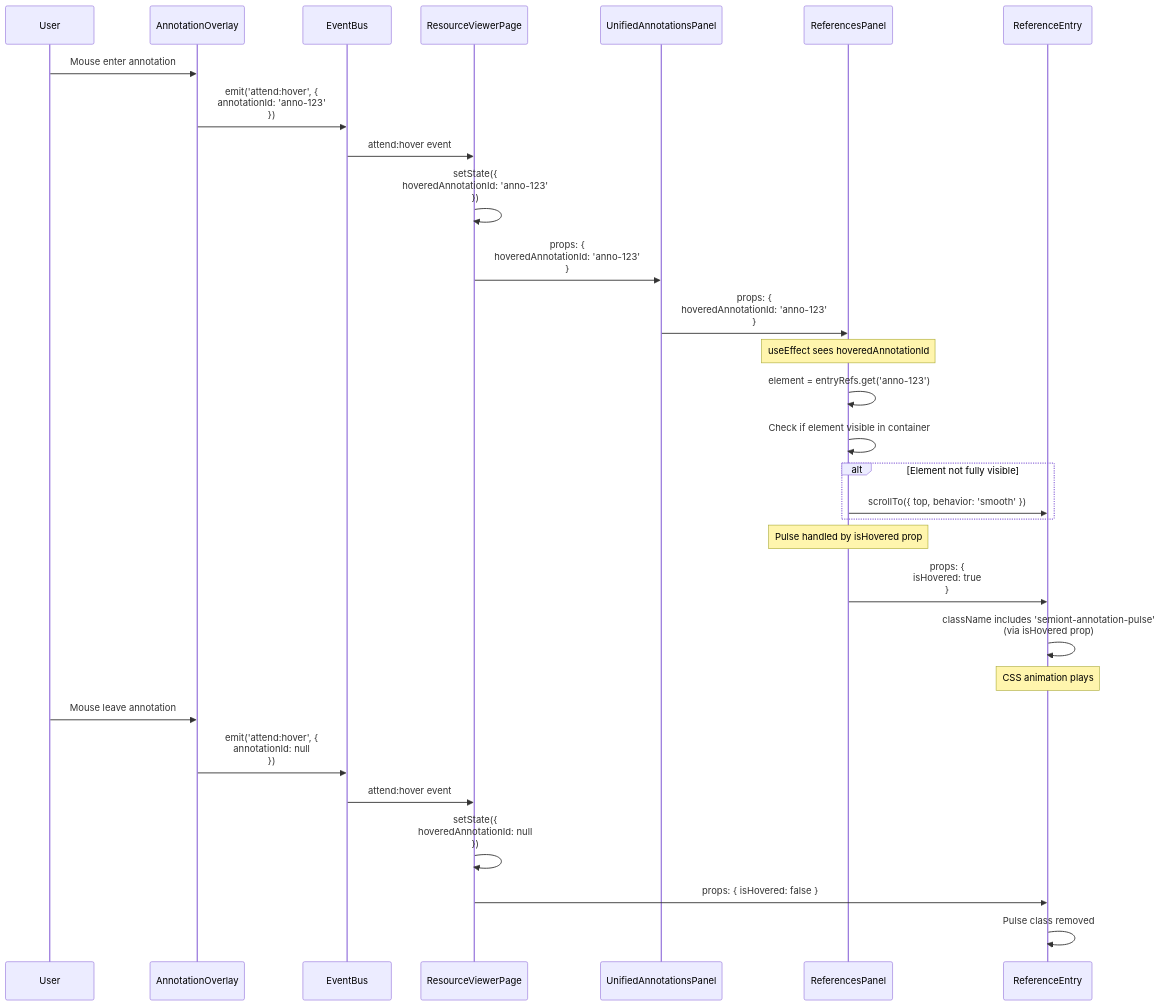
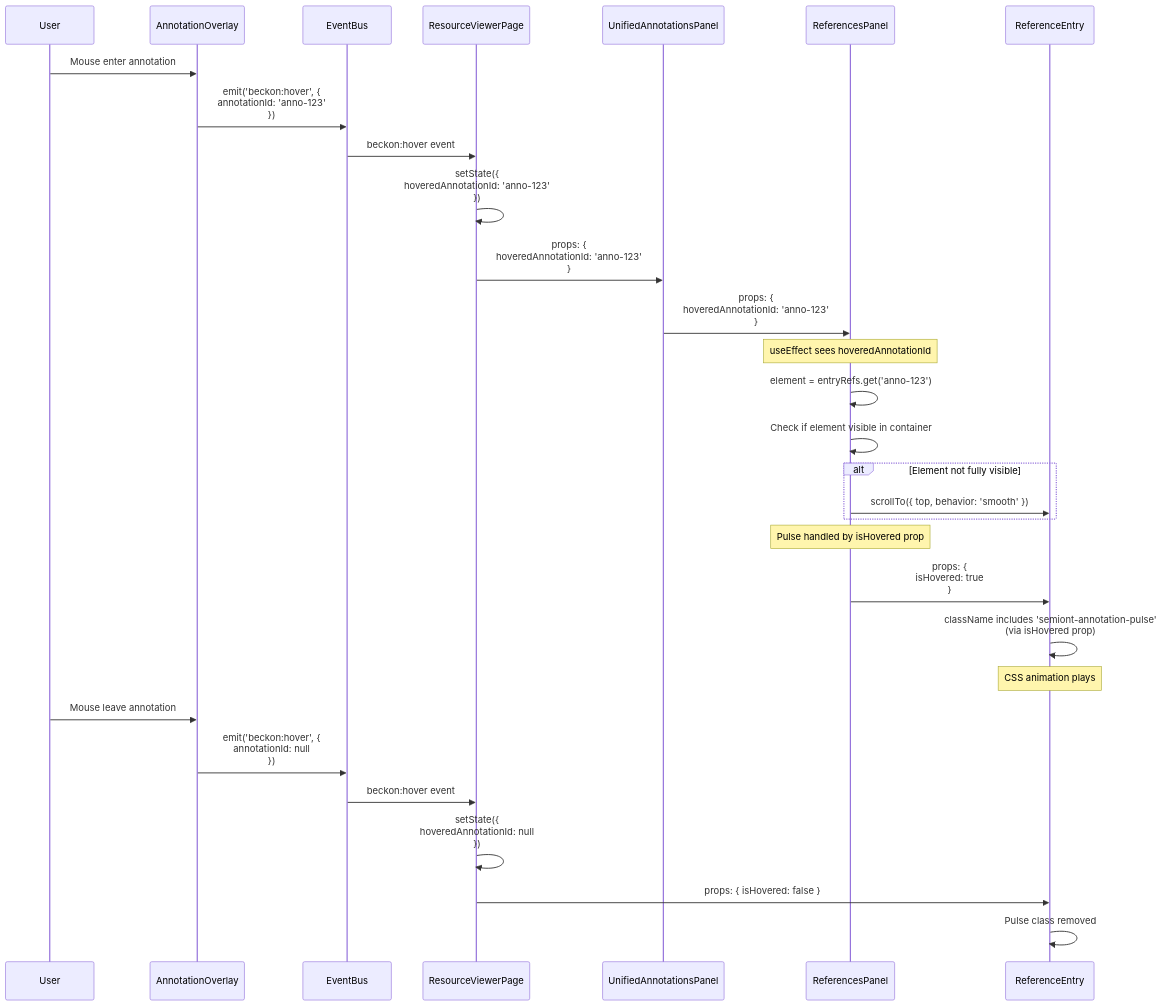
The second of 3 diagrams in packages/react-ui/docs/ANNOTATION-CLICK.md (The-AI-Alliance/semiont), drawn with Mermaid before and after one commit. The commit also changed other lines of this file and 154 other files, not shown here.

First line of the commit message:
flow names (#453)

````diff
--- a/packages/react-ui/docs/ANNOTATION-CLICK.md
+++ b/packages/react-ui/docs/ANNOTATION-CLICK.md
@@ -193,44 +193,44 @@
 ```mermaid
 sequenceDiagram
     participant User
     participant Overlay as AnnotationOverlay
     participant Bus as EventBus
     participant Page as ResourceViewerPage
     participant Panel as UnifiedAnnotationsPanel
     participant Specific as ReferencesPanel
     participant Entry as ReferenceEntry
 
     User->>Overlay: Mouse enter annotation
-    Overlay->>Bus: emit('attend:hover', {<br/>  annotationId: 'anno-123'<br/>})
-    Bus->>Page: attend:hover event
+    Overlay->>Bus: emit('beckon:hover', {<br/>  annotationId: 'anno-123'<br/>})
+    Bus->>Page: beckon:hover event
 
     Page->>Page: setState({<br/>  hoveredAnnotationId: 'anno-123'<br/>})
 
     Page->>Panel: props: {<br/>  hoveredAnnotationId: 'anno-123'<br/>}
     Panel->>Specific: props: {<br/>  hoveredAnnotationId: 'anno-123'<br/>}
 
     Note over Specific: useEffect sees hoveredAnnotationId
 
     Specific->>Specific: element = entryRefs.get('anno-123')
     Specific->>Specific: Check if element visible in container
 
     alt Element not fully visible
         Specific->>Entry: scrollTo({ top, behavior: 'smooth' })
     end
 
     Note over Specific: Pulse handled by isHovered prop
 
     Specific->>Entry: props: {<br/>  isHovered: true<br/>}
     Entry->>Entry: className includes 'semiont-annotation-pulse'<br/>(via isHovered prop)
 
     Note over Entry: CSS animation plays
 
     User->>Overlay: Mouse leave annotation
-    Overlay->>Bus: emit('attend:hover', {<br/>  annotationId: null<br/>})
-    Bus->>Page: attend:hover event
+    Overlay->>Bus: emit('beckon:hover', {<br/>  annotationId: null<br/>})
+    Bus->>Page: beckon:hover event
 
     Page->>Page: setState({<br/>  hoveredAnnotationId: null<br/>})
 
     Page->>Entry: props: { isHovered: false }
     Entry->>Entry: Pulse class removed
 ```
````
